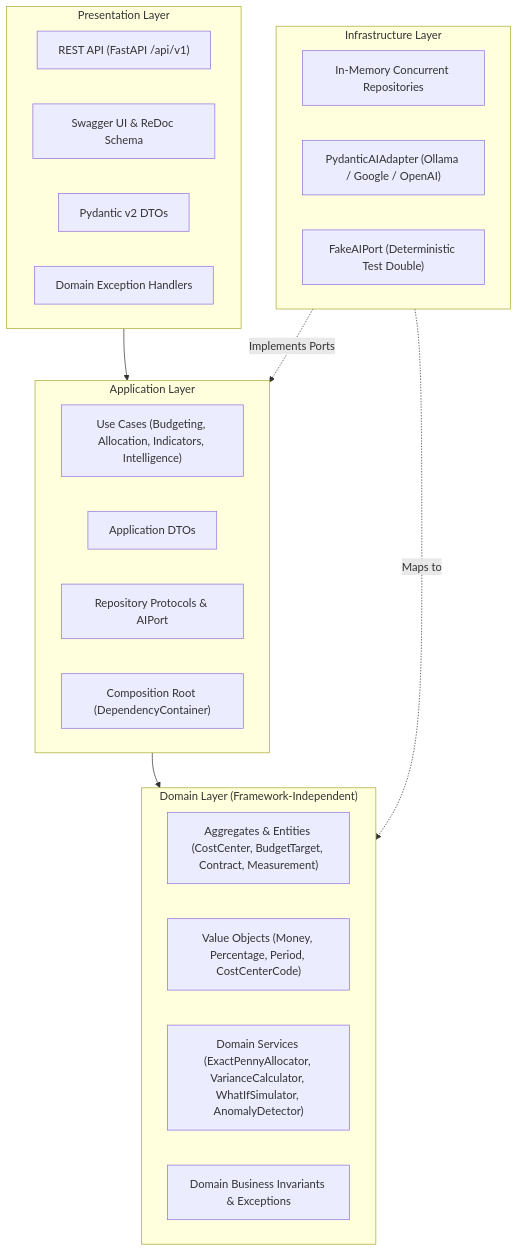
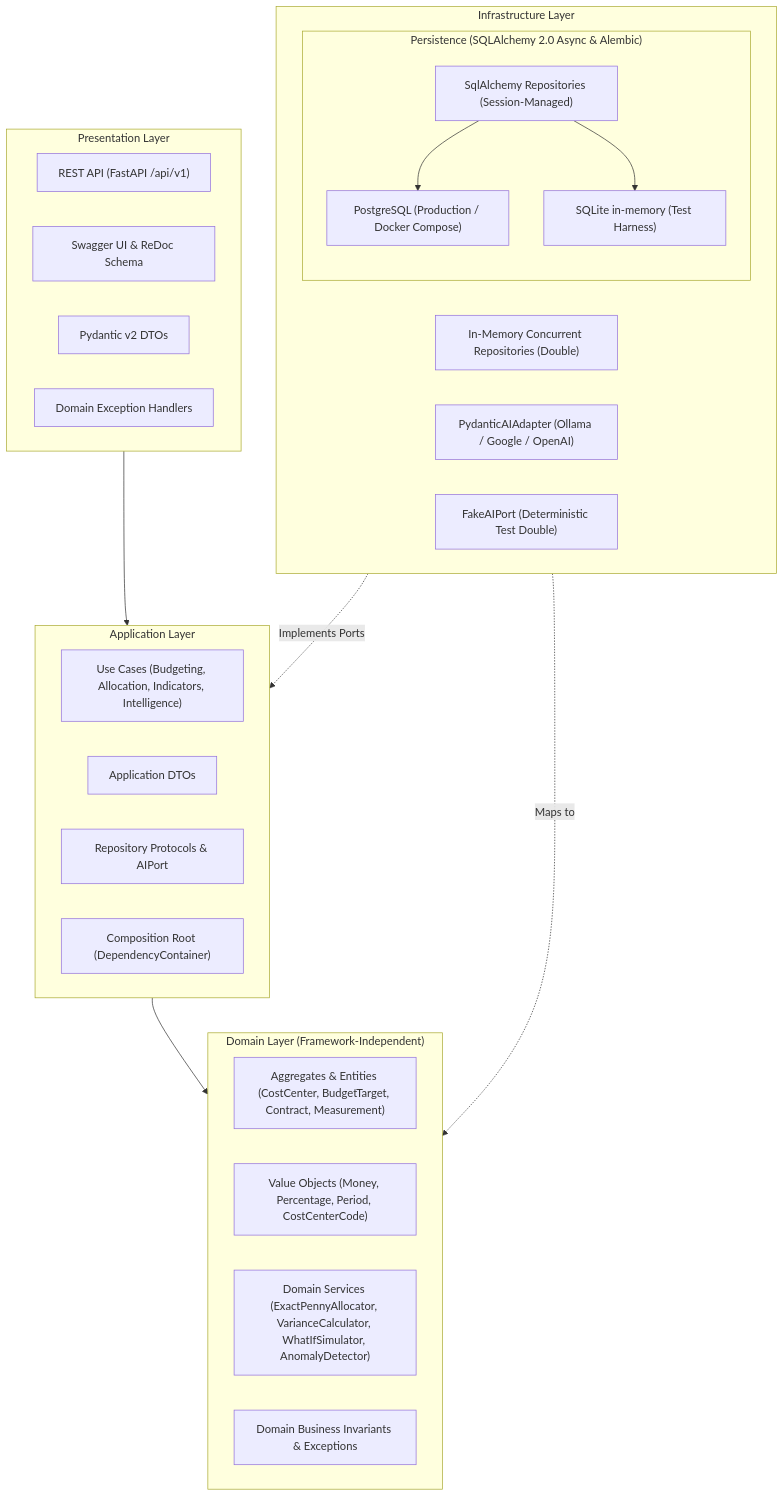
The diagram in README.md (higorrsc/strategic-indicators-ai), drawn with Mermaid before and after one commit. The commit also changed other lines of this file, not shown here.

Commit message:
📝 docs: update readme with async persistence, migrations, and docker compose

````diff
--- a/README.md
+++ b/README.md
@@ -39,34 +47,41 @@
 ```mermaid
 flowchart TD
     subgraph Presentation ["Presentation Layer"]
         API["REST API (FastAPI /api/v1)"]
         OpenAPI["Swagger UI & ReDoc Schema"]
         Schemas["Pydantic v2 DTOs"]
         Handlers["Domain Exception Handlers"]
     end
 
     subgraph Application ["Application Layer"]
         UC["Use Cases (Budgeting, Allocation, Indicators, Intelligence)"]
         DTO["Application DTOs"]
         Ports["Repository Protocols & AIPort"]
         DI["Composition Root (DependencyContainer)"]
     end
 
     subgraph Domain ["Domain Layer (Framework-Independent)"]
         Entities["Aggregates & Entities (CostCenter, BudgetTarget, Contract, Measurement)"]
         VO["Value Objects (Money, Percentage, Period, CostCenterCode)"]
         Services["Domain Services (ExactPennyAllocator, VarianceCalculator, WhatIfSimulator, AnomalyDetector)"]
         DomainExceptions["Domain Business Invariants & Exceptions"]
     end
 
     subgraph Infrastructure ["Infrastructure Layer"]
-        Repos["In-Memory Concurrent Repositories"]
+        subgraph Persistence ["Persistence (SQLAlchemy 2.0 Async & Alembic)"]
+            PG["PostgreSQL (Production / Docker Compose)"]
+            SQLite["SQLite in-memory (Test Harness)"]
+            SARepos["SqlAlchemy Repositories (Session-Managed)"]
+        end
+        InMemRepos["In-Memory Concurrent Repositories (Double)"]
         AIAdapters["PydanticAIAdapter (Ollama / Google / OpenAI)"]
         FakeAI["FakeAIPort (Deterministic Test Double)"]
     end
 
     Presentation --> Application
     Application --> Domain
     Infrastructure -.->|Implements Ports| Application
     Infrastructure -.->|Maps to| Domain
+    SARepos --> PG
+    SARepos --> SQLite
 ```
````
